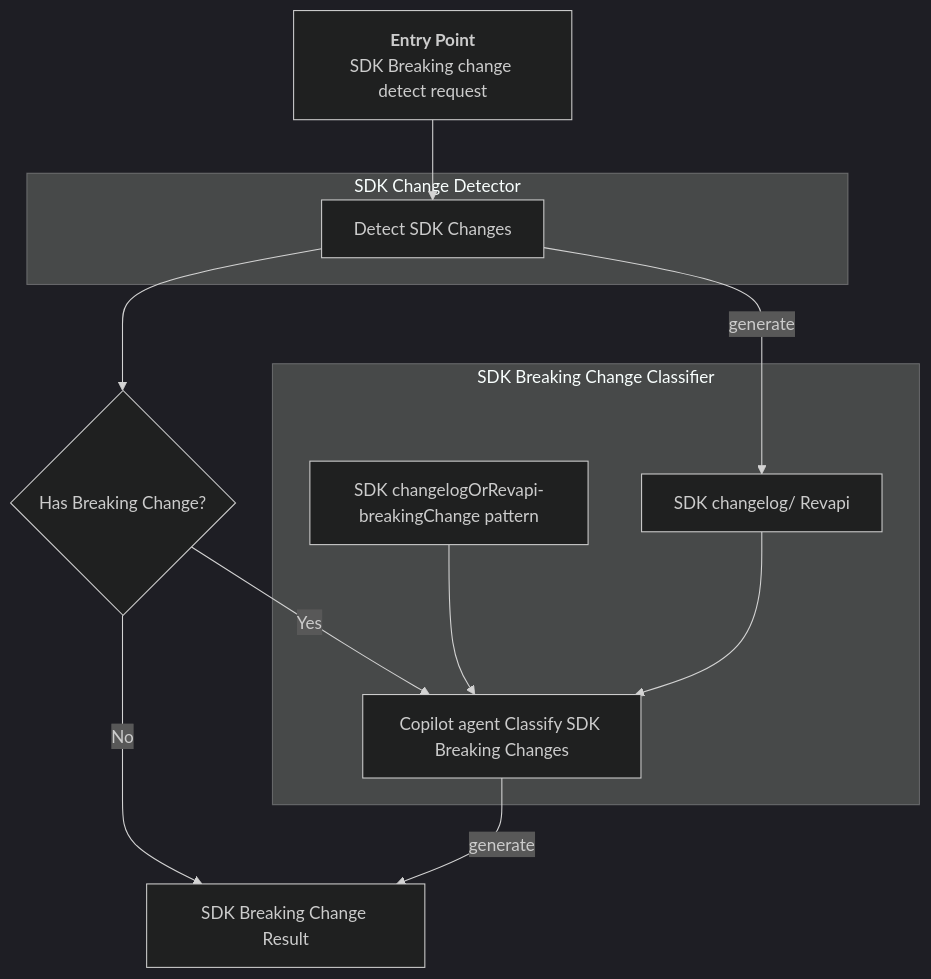
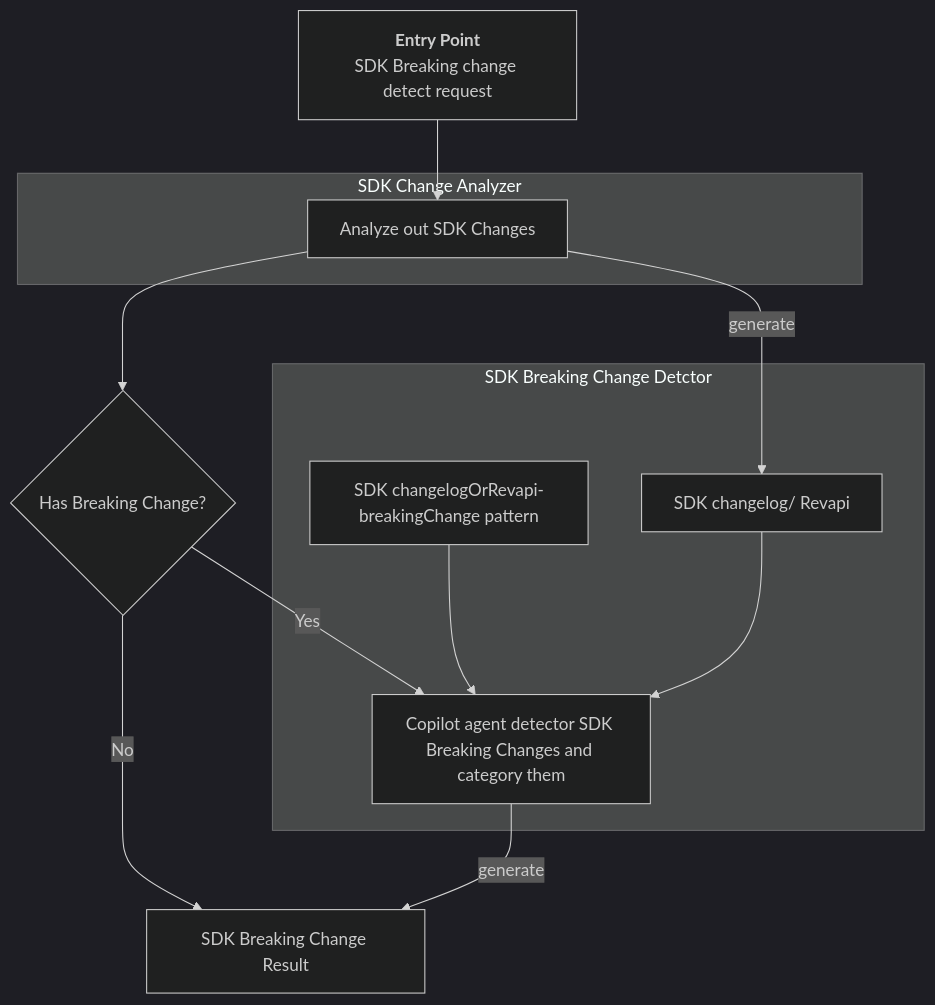
The first of 2 diagrams in tools/azsdk-cli/docs/specs/sdk-breaking-change-detect.spec.md (Azure/azure-sdk-tools), drawn with Mermaid (dark theme) before and after one commit. The commit also changed other lines of this file, not shown here.

````diff
--- a/tools/azsdk-cli/docs/specs/sdk-breaking-change-detect.spec.md
+++ b/tools/azsdk-cli/docs/specs/sdk-breaking-change-detect.spec.md
@@ -125,27 +153,27 @@
 ```mermaid
 flowchart TD
     Entry[<b>Entry Point</b><br/>SDK Breaking change detect request]
-    A[Detect SDK Changes]
+    A[Analyze out SDK Changes]
     B{Has Breaking Change?}
-    C[Copilot agent Classify SDK Breaking Changes]
+    C[Copilot agent detector SDK Breaking Changes and category them]
     D[SDK Breaking Change Result]
     E[SDK changelogOrRevapi-breakingChange pattern]
     F[SDK changelog/ Revapi]
-    subgraph SDK Change Detector
+    subgraph SDK Change Analyzer
         A
     end
-    subgraph SDK Breaking Change Classifier
+    subgraph SDK Breaking Change Detctor
         E
         F
         C
     end
 
     Entry --> A
     A --> B
     A --> |generate| F
     B -- Yes --> C
     C --> |generate| D
     B -- No --> D
     E --> C
     F --> C
 ```
````
